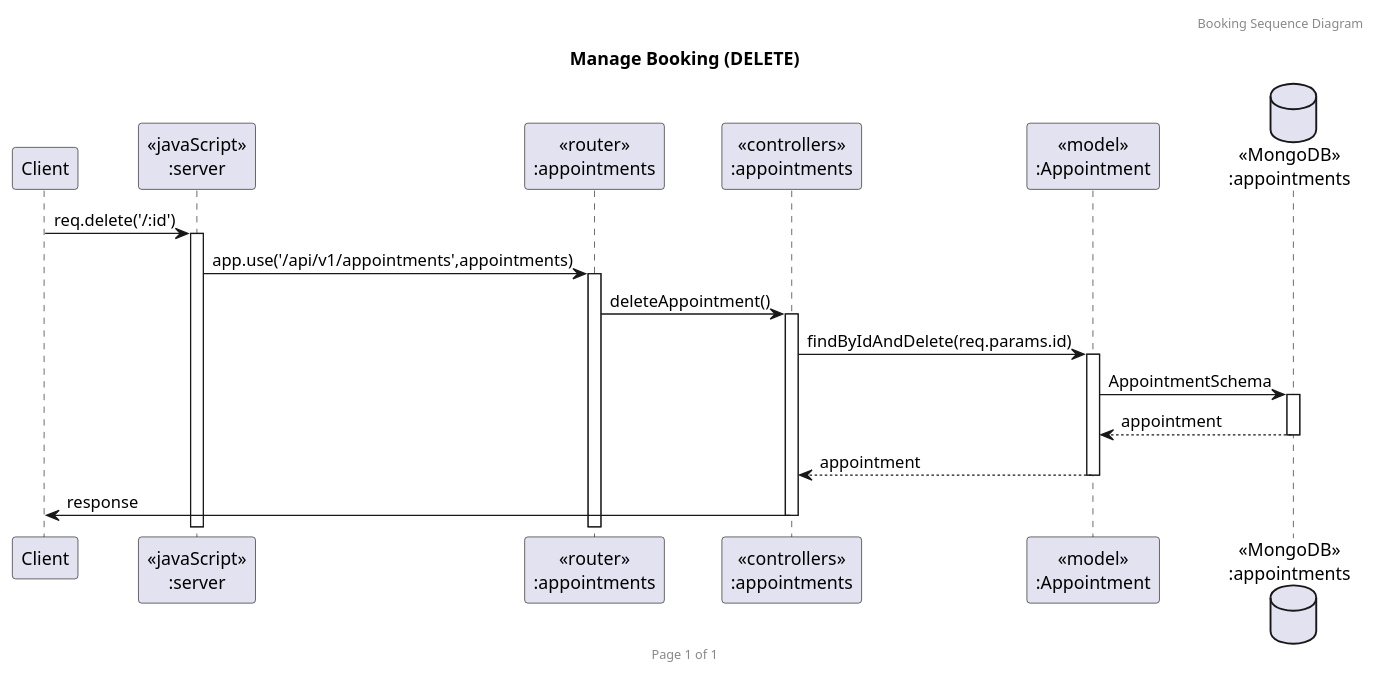
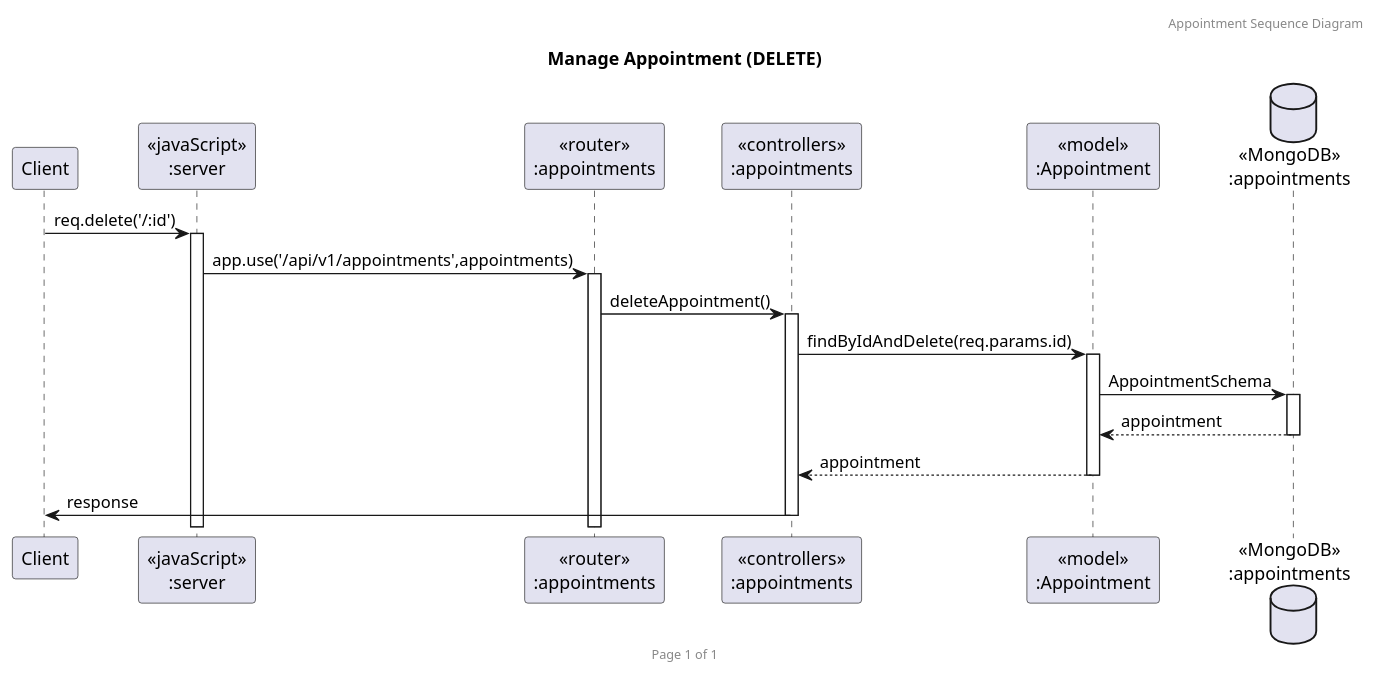
Before and after one commit to 2110503TACEDT66/presentation-day-1-privacy: the diagram in SequenceDiagram/apptdelete.puml, drawn with PlantUML. The commit also changed 10 other files, not shown here.

```diff
--- a/SequenceDiagram/apptdelete.puml
+++ b/SequenceDiagram/apptdelete.puml
@@ -1,23 +1,23 @@
-@startuml Manage Booking (DELETE)
+@startuml Manage Appointment (DELETE)
 
-header Booking Sequence Diagram
+header Appointment Sequence Diagram
 footer Page %page% of %lastpage%
-title "Manage Booking (DELETE)"
+title "Manage Appointment (DELETE)"
 
 participant "Client" as client
 participant "<<javaScript>>\n:server" as server
 participant "<<router>>\n:appointments" as routerAppointments
 participant "<<controllers>>\n:appointments" as controllersAppointments
 participant "<<model>>\n:Appointment" as modelAppointments
 database "<<MongoDB>>\n:appointments" as AppointmentsDatabase
 
 client->server ++:req.delete('/:id')
 server->routerAppointments ++:app.use('/api/v1/appointments',appointments)
 routerAppointments -> controllersAppointments ++:deleteAppointment()
 controllersAppointments->modelAppointments ++:findByIdAndDelete(req.params.id)
 modelAppointments ->AppointmentsDatabase ++:AppointmentSchema
 AppointmentsDatabase --> modelAppointments --:appointment
 controllersAppointments <-- modelAppointments --:appointment
 controllersAppointments->client --:response
 
 @enduml
```
